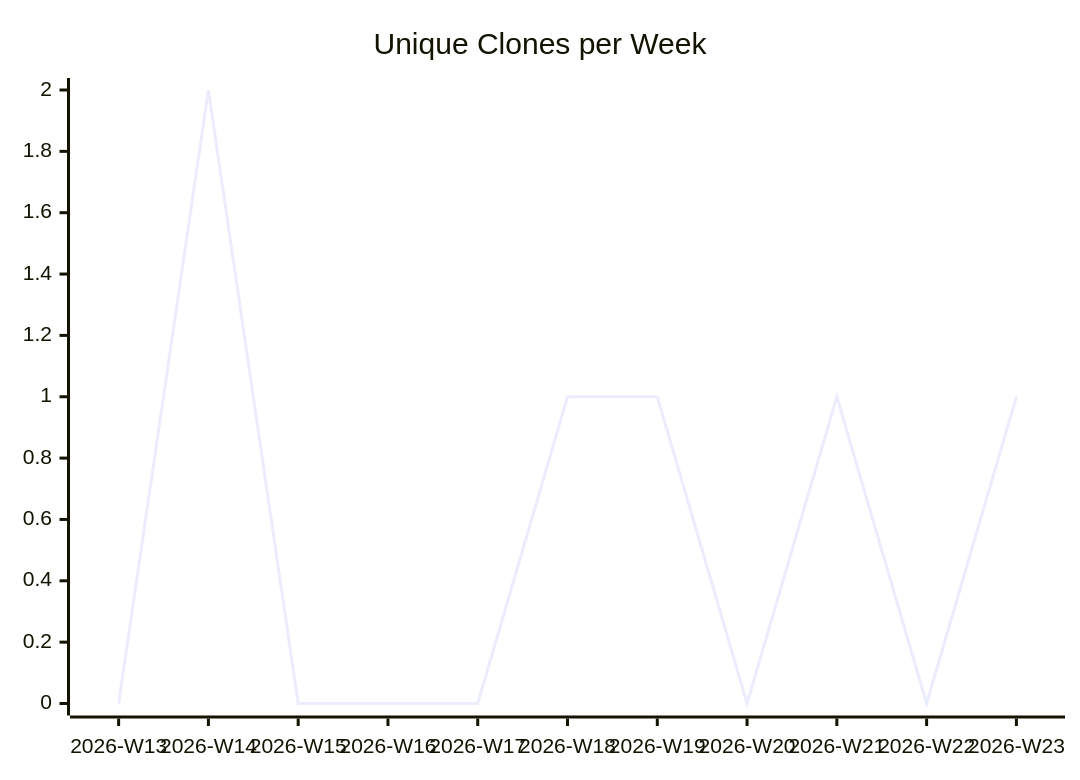
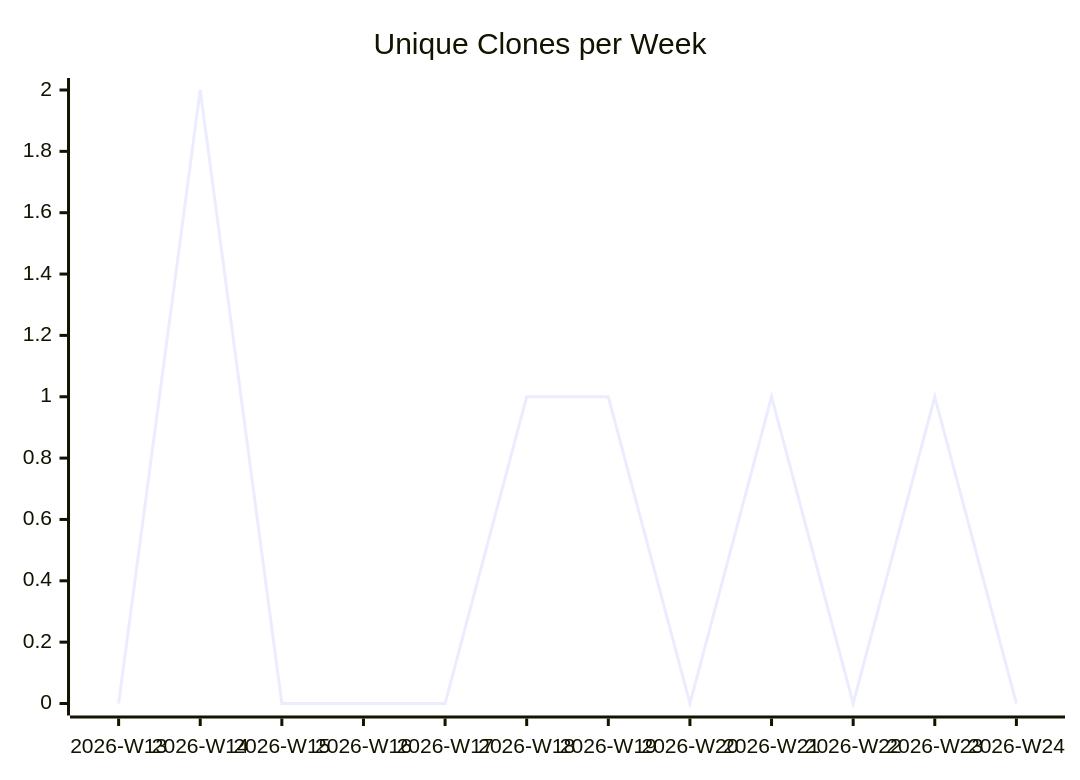
One commit to justdavis-family/github-analytics-data changed the third of 3 diagrams in karlmdavis/ldap-plugin/README.md. Above: the diagram before and after it, drawn with Mermaid. The commit also changed other lines of this file and 189 other files, not shown here.

````diff
--- a/karlmdavis/ldap-plugin/README.md
+++ b/karlmdavis/ldap-plugin/README.md
@@ -19,6 +19,6 @@
 ```mermaid
 xychart-beta
   title "Unique Clones per Week"
-  x-axis ["2026-W13", "2026-W14", "2026-W15", "2026-W16", "2026-W17", "2026-W18", "2026-W19", "2026-W20", "2026-W21", "2026-W22", "2026-W23"]
-  line [0, 2, 0, 0, 0, 1, 1, 0, 1, 0, 1]
+  x-axis ["2026-W13", "2026-W14", "2026-W15", "2026-W16", "2026-W17", "2026-W18", "2026-W19", "2026-W20", "2026-W21", "2026-W22", "2026-W23", "2026-W24"]
+  line [0, 2, 0, 0, 0, 1, 1, 0, 1, 0, 1, 0]
 ```
````
